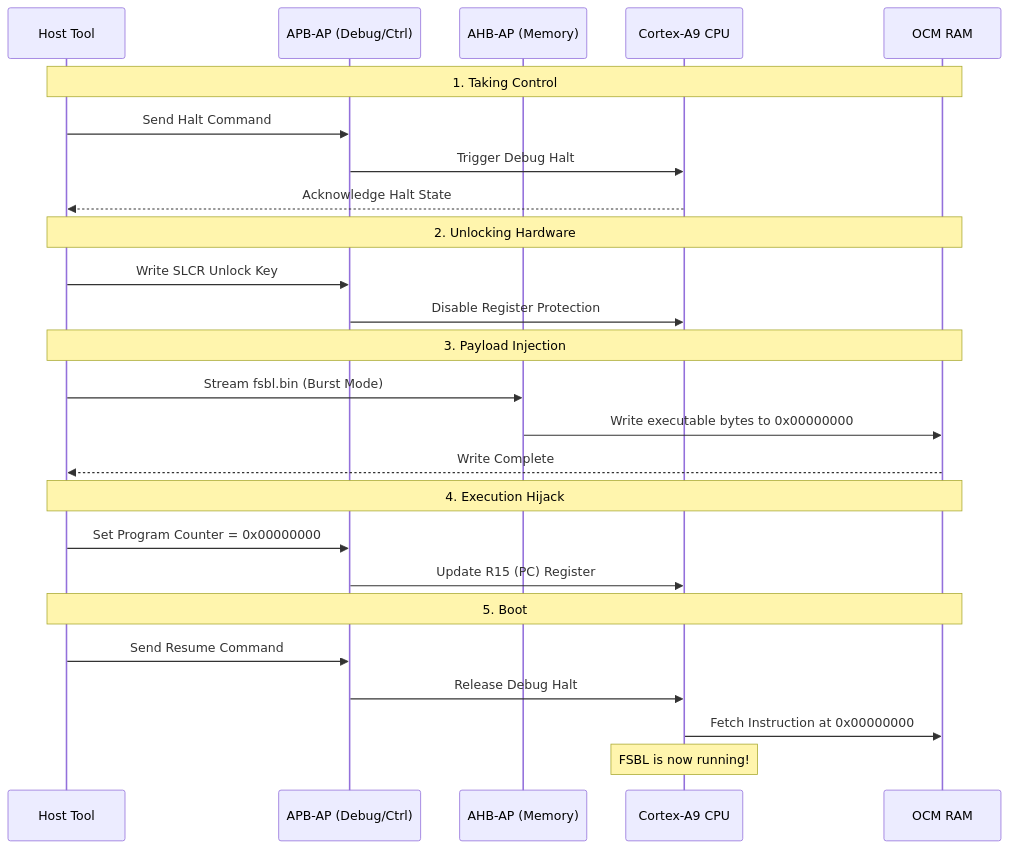
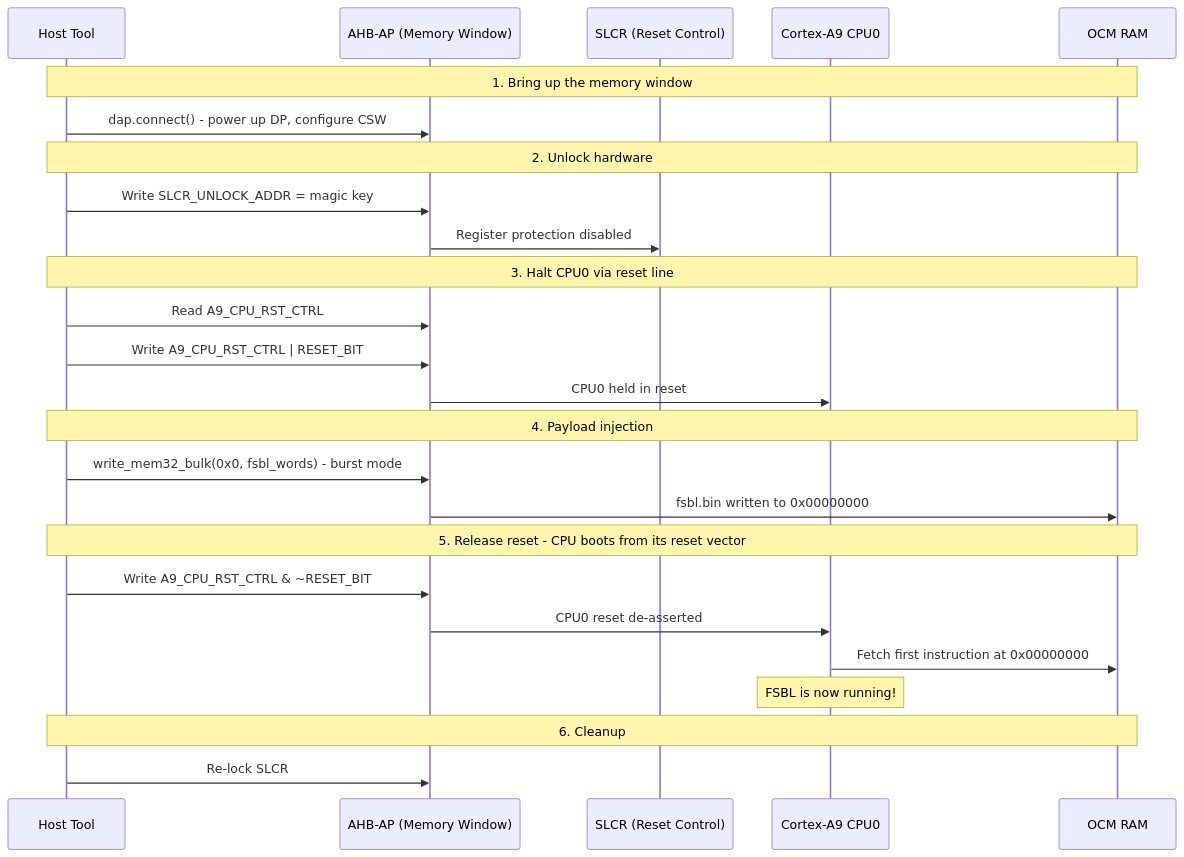
The diagram in doc/fsbl_injection.md (andpiapmc/jtag_flash), drawn with Mermaid before and after one commit. The commit also changed other lines of this file and 8 other files, not shown here.

````diff
--- a/doc/fsbl_injection.md
+++ b/doc/fsbl_injection.md
@@ -25,32 +26,33 @@
 ```mermaid
 sequenceDiagram
     participant PC as Host Tool
-    participant APB as APB-AP (Debug/Ctrl)
-    participant AHB as AHB-AP (Memory)
-    participant Core as Cortex-A9 CPU
+    participant AP as AHB-AP (Memory Window)
+    participant SLCR as SLCR (Reset Control)
+    participant Core as Cortex-A9 CPU0
     participant RAM as OCM RAM
 
-    Note over PC, RAM: 1. Taking Control
-    PC->>APB: Send Halt Command
-    APB->>Core: Trigger Debug Halt
-    Core-->>PC: Acknowledge Halt State
+    Note over PC, RAM: 1. Bring up the memory window
+    PC->>AP: dap.connect() - power up DP, configure CSW
 
-    Note over PC, RAM: 2. Unlocking Hardware
-    PC->>APB: Write SLCR Unlock Key
-    APB->>Core: Disable Register Protection
+    Note over PC, RAM: 2. Unlock hardware
+    PC->>AP: Write SLCR_UNLOCK_ADDR = magic key
+    AP->>SLCR: Register protection disabled
 
-    Note over PC, RAM: 3. Payload Injection
-    PC->>AHB: Stream fsbl.bin (Burst Mode)
-    AHB->>RAM: Write executable bytes to 0x00000000
-    RAM-->>PC: Write Complete
+    Note over PC, RAM: 3. Halt CPU0 via reset line
+    PC->>AP: Read A9_CPU_RST_CTRL
+    PC->>AP: Write A9_CPU_RST_CTRL | RESET_BIT
+    AP->>Core: CPU0 held in reset
 
-    Note over PC, RAM: 4. Execution Hijack
-    PC->>APB: Set Program Counter = 0x00000000
-    APB->>Core: Update R15 (PC) Register
+    Note over PC, RAM: 4. Payload injection
+    PC->>AP: write_mem32_bulk(0x0, fsbl_words) - burst mode
+    AP->>RAM: fsbl.bin written to 0x00000000
 
-    Note over PC, RAM: 5. Boot
-    PC->>APB: Send Resume Command
-    APB->>Core: Release Debug Halt
-    Core->>RAM: Fetch Instruction at 0x00000000
+    Note over PC, RAM: 5. Release reset - CPU boots from its reset vector
+    PC->>AP: Write A9_CPU_RST_CTRL & ~RESET_BIT
+    AP->>Core: CPU0 reset de-asserted
+    Core->>RAM: Fetch first instruction at 0x00000000
     Note over Core: FSBL is now running!
-```    
+
+    Note over PC, RAM: 6. Cleanup
+    PC->>AP: Re-lock SLCR
+```
````
